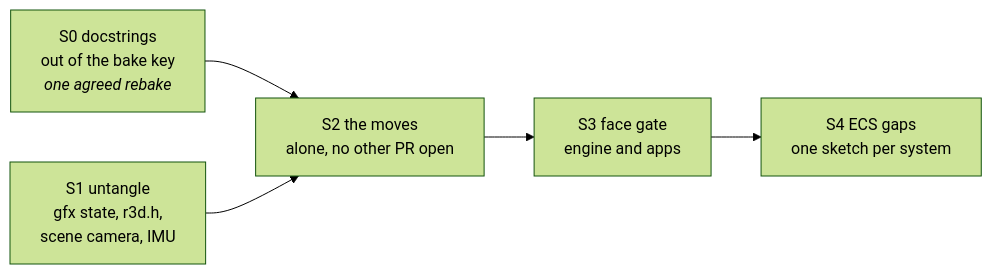
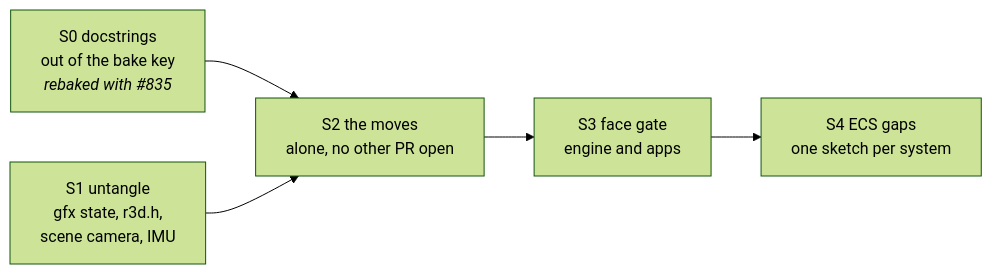
Before and after one commit to jose-villegas/autana: the second of 2 diagrams in docs/plans/Engine-Layer-Design-Sketch.md, drawn with Mermaid (forest theme). The commit also changed other lines of this file, not shown here.

````diff
--- a/docs/plans/Engine-Layer-Design-Sketch.md
+++ b/docs/plans/Engine-Layer-Design-Sketch.md
@@ -263,7 +266,7 @@
 ```mermaid
 flowchart LR
-    S0["S0 docstrings<br/>out of the bake key<br/><i>one agreed rebake</i>"] --> S2
+    S0["S0 docstrings<br/>out of the bake key<br/><i>rebaked with #835</i>"] --> S2
     S1["S1 untangle<br/>gfx state, r3d.h,<br/>scene camera, IMU"] --> S2
     S2["S2 the moves<br/>alone, no other PR open"] --> S3["S3 face gate<br/>engine and apps"]
     S3 --> S4["S4 ECS gaps<br/>one sketch per system"]
 ```
````
